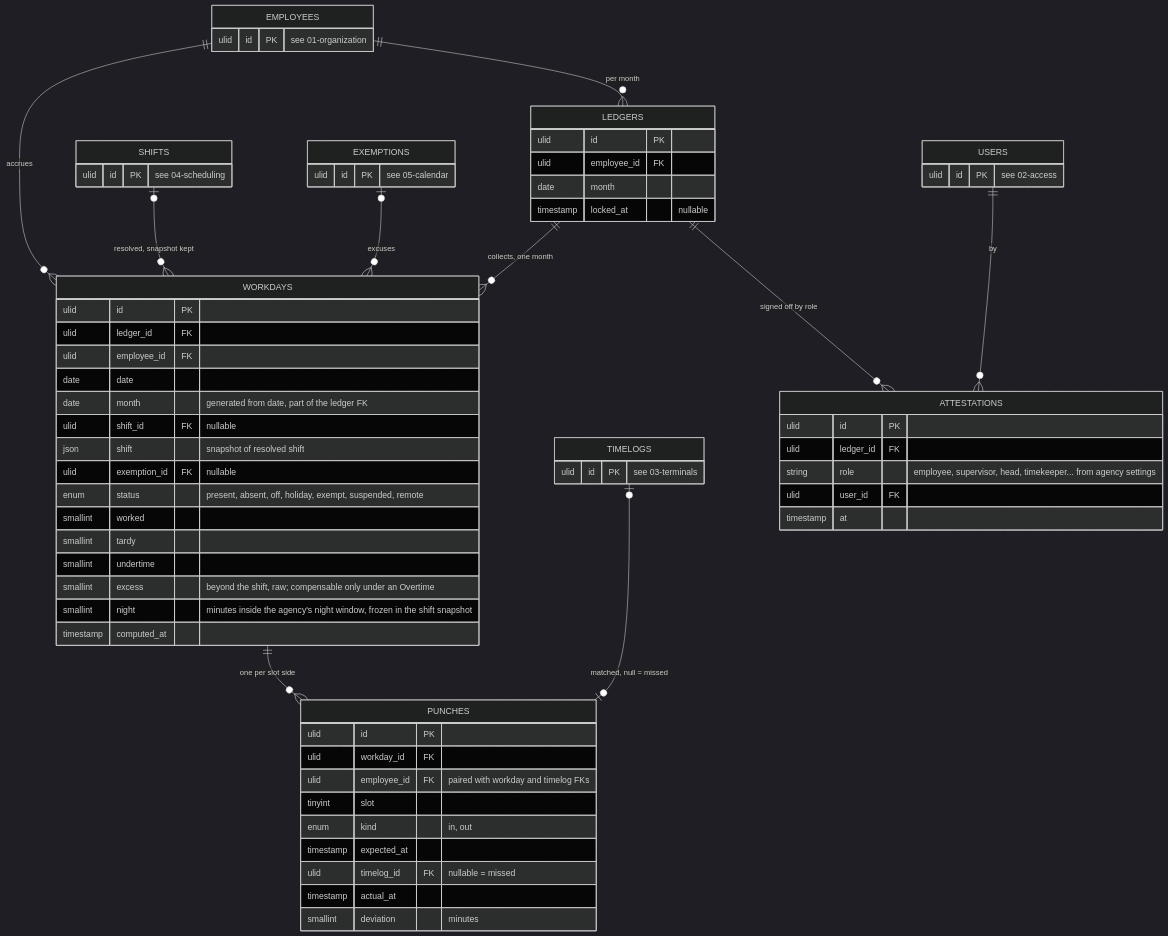
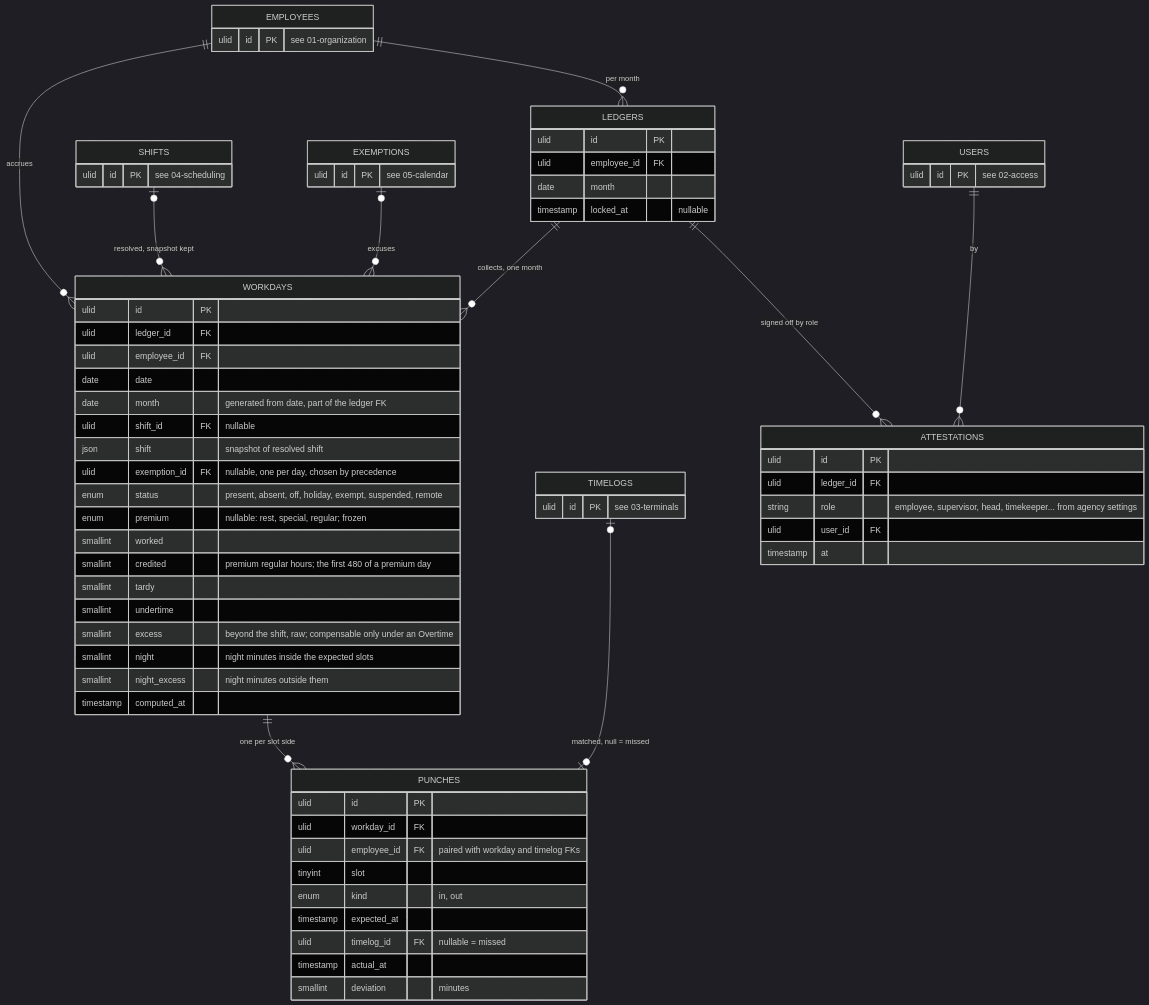
One commit to joowdx/khronoz changed the diagram in docs/design/06-attendance.md. Above: the diagram before and after it, drawn with Mermaid (dark theme). The commit also changed other lines of this file and 7 other files, not shown here.

````diff
--- a/docs/design/06-attendance.md
+++ b/docs/design/06-attendance.md
@@ -3,69 +3,72 @@
 ```mermaid
 erDiagram
     EMPLOYEES  ||--o{ WORKDAYS : "accrues"
     SHIFTS     |o--o{ WORKDAYS : "resolved, snapshot kept"
     EXEMPTIONS |o--o{ WORKDAYS : "excuses"
     WORKDAYS   ||--o{ PUNCHES  : "one per slot side"
     TIMELOGS   |o--o| PUNCHES  : "matched, null = missed"
     EMPLOYEES  ||--o{ LEDGERS  : "per month"
     LEDGERS    ||--o{ WORKDAYS : "collects, one month"
     LEDGERS    ||--o{ ATTESTATIONS : "signed off by role"
     USERS      ||--o{ ATTESTATIONS : "by"
 
     WORKDAYS {
         ulid id PK
         ulid ledger_id FK
         ulid employee_id FK
         date date
         date month "generated from date, part of the ledger FK"
         ulid shift_id FK "nullable"
         json shift "snapshot of resolved shift"
-        ulid exemption_id FK "nullable"
+        ulid exemption_id FK "nullable, one per day, chosen by precedence"
         enum status "present, absent, off, holiday, exempt, suspended, remote"
+        enum premium "nullable: rest, special, regular; frozen"
         smallint worked
+        smallint credited "premium regular hours; the first 480 of a premium day"
         smallint tardy
         smallint undertime
         smallint excess "beyond the shift, raw; compensable only under an Overtime"
-        smallint night "minutes inside the agency's night window, frozen in the shift snapshot"
+        smallint night "night minutes inside the expected slots"
+        smallint night_excess "night minutes outside them"
         timestamp computed_at
     }
     PUNCHES {
         ulid id PK
         ulid workday_id FK
         ulid employee_id FK "paired with workday and timelog FKs"
         tinyint slot
         enum kind "in, out"
         timestamp expected_at
         ulid timelog_id FK "nullable = missed"
         timestamp actual_at
         smallint deviation "minutes"
     }
     LEDGERS {
         ulid id PK
         ulid employee_id FK
         date month
         timestamp locked_at "nullable"
     }
     ATTESTATIONS {
         ulid id PK
         ulid ledger_id FK
         string role "employee, supervisor, head, timekeeper... from agency settings"
         ulid user_id FK
         timestamp at
     }
     USERS {
         ulid id PK "see 02-access"
     }
     EMPLOYEES {
         ulid id PK "see 01-organization"
     }
     SHIFTS {
         ulid id PK "see 04-scheduling"
     }
     EXEMPTIONS {
         ulid id PK "see 05-calendar"
     }
     TIMELOGS {
         ulid id PK "see 03-terminals"
     }
 ```
````
